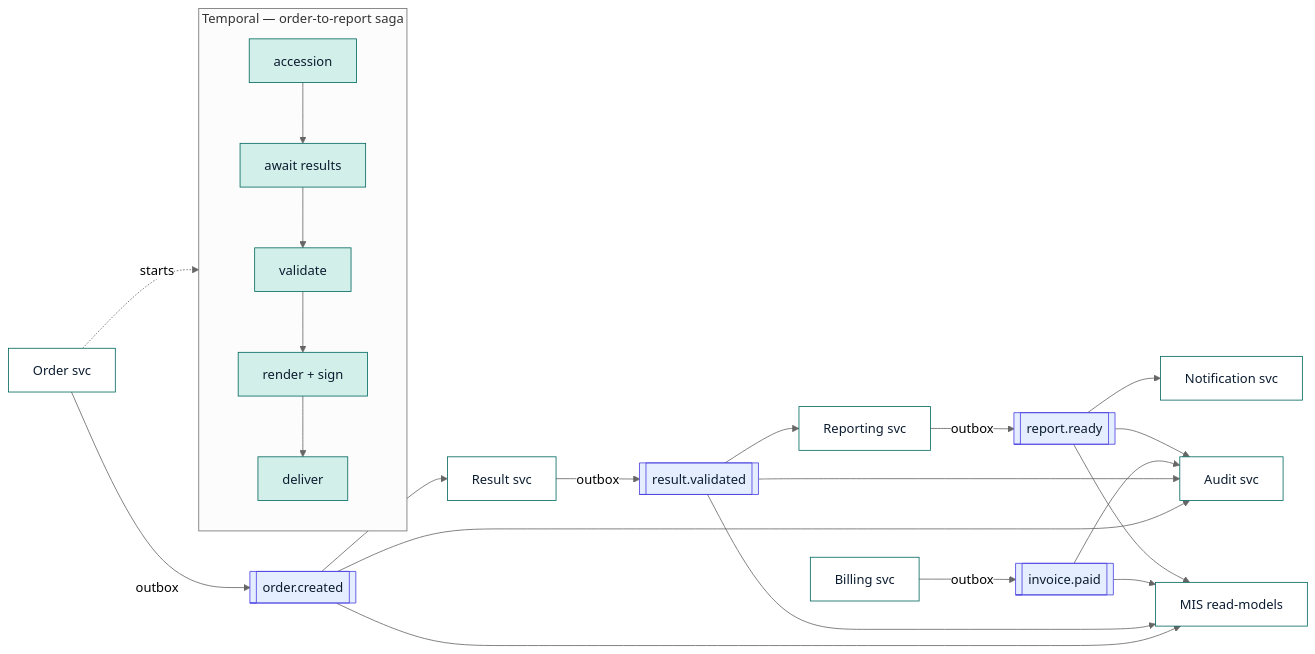
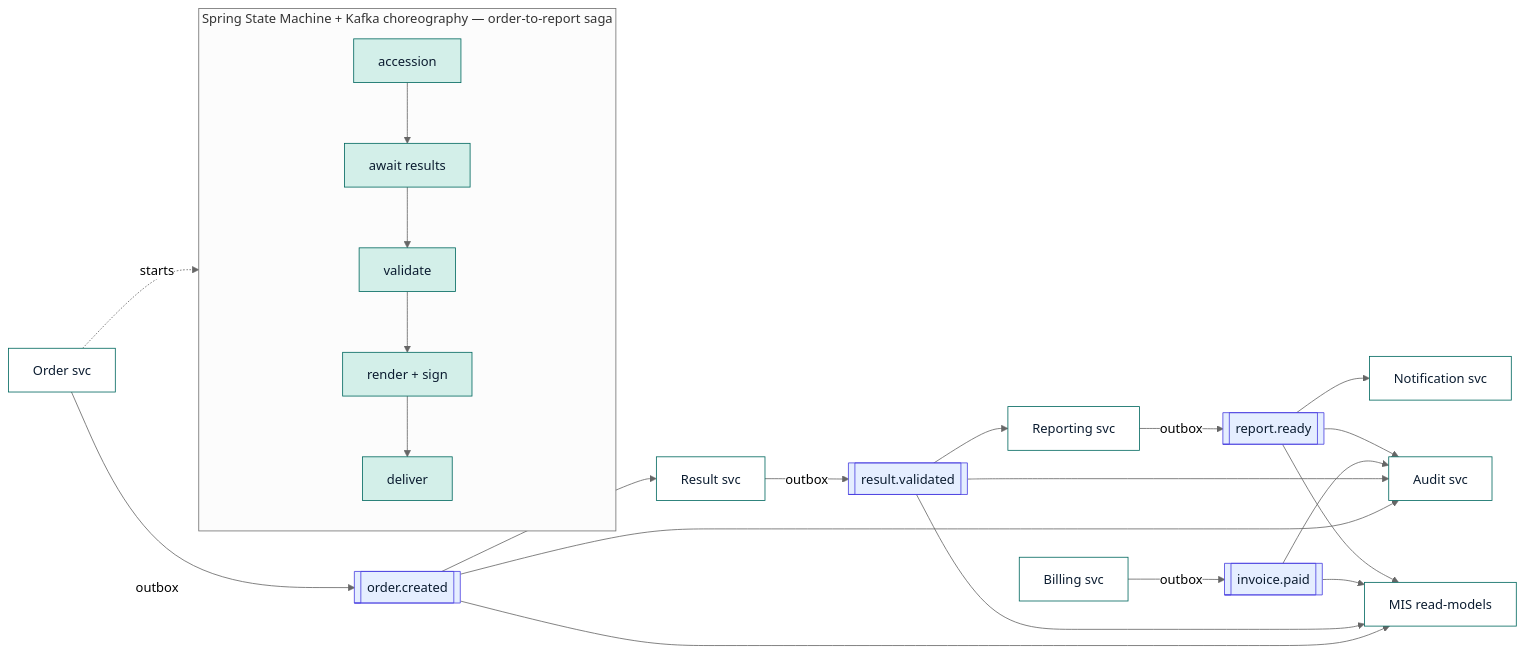
One commit to pulluri-sridhar/DiagDesk changed the diagram in docs/design/diagrams/05-events-saga.mmd. Above: the diagram before and after it, drawn with Mermaid (neutral theme). The commit also changed 42 other files, not shown here.

```diff
--- a/docs/design/diagrams/05-events-saga.mmd
+++ b/docs/design/diagrams/05-events-saga.mmd
@@ -1,17 +1,17 @@
 flowchart LR
   classDef svc fill:#ffffff,stroke:#00685f,color:#0b1c30;
   classDef topic fill:#e5eeff,stroke:#4b41e1,color:#0b1c30;
   classDef saga fill:#d3efe9,stroke:#00685f,color:#0b1c30;
   ord["Order svc"]:::svc -->|outbox| t1[["order.created"]]:::topic
   res["Result svc"]:::svc -->|outbox| t2[["result.validated"]]:::topic
   bil["Billing svc"]:::svc -->|outbox| t3[["invoice.paid"]]:::topic
   t1 --> res
   t2 --> rep["Reporting svc"]:::svc
   rep -->|outbox| t4[["report.ready"]]:::topic
   t4 --> noti["Notification svc"]:::svc
   t1 & t2 & t3 & t4 --> aud["Audit svc"]:::svc
   t1 & t2 & t3 & t4 --> mis["MIS read-models"]:::svc
-  subgraph SAGA["Temporal — order-to-report saga"]
+  subgraph SAGA["Spring State Machine + Kafka choreography — order-to-report saga"]
     s1["accession"]:::saga --> s2["await results"]:::saga --> s3["validate"]:::saga --> s4["render + sign"]:::saga --> s5["deliver"]:::saga
   end
   ord -. starts .-> SAGA
```
